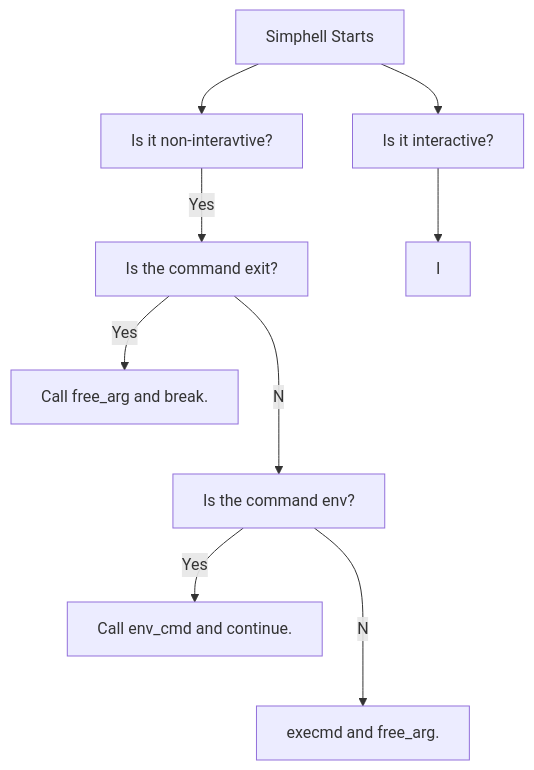
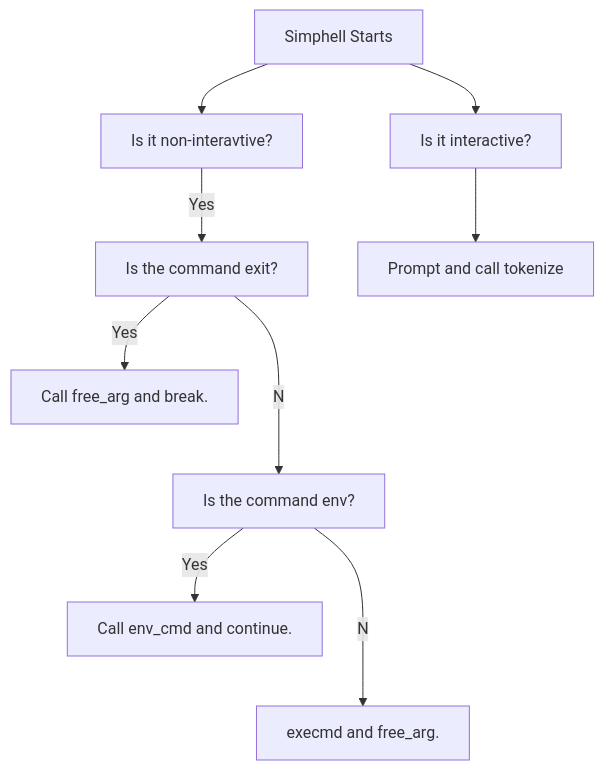
One commit to LeeWest89/MySuperRepo changed the diagram in README.md. Above: the diagram before and after it, drawn with Mermaid.

````diff
--- a/README.md
+++ b/README.md
@@ -2,11 +2,11 @@
 ```mermaid
 flowchart TD;
   A[Simphell Starts]-->B[Is it interactive?];
   A-->C[Is it non-interavtive?];
   C--Yes-->D[Is the command exit?];
   D--Yes-->E[Call free_arg and break.];
   D--No-->F[Is the command env?];
   F--Yes-->G[Call env_cmd and continue.];
   F--No-->H[execmd and free_arg.];
-  B-->I;
+  B-->I[Prompt and call tokenize];
 ```
````
